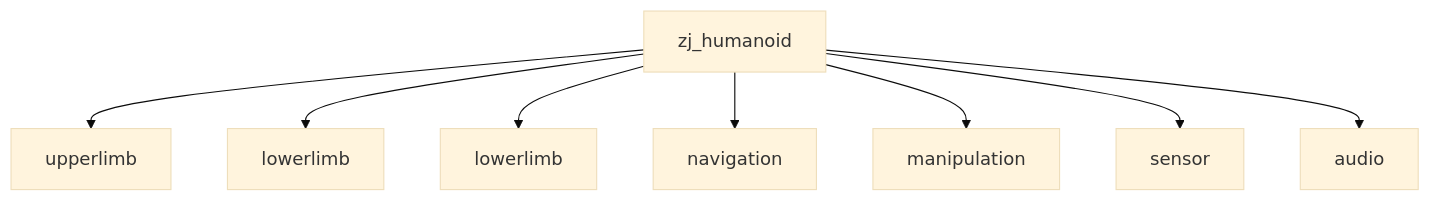
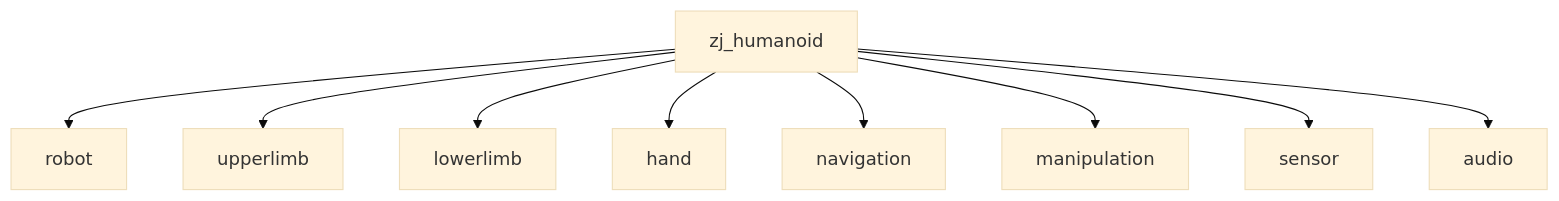
Before and after one commit to ZJ-Humanoid/zj_humanoid_sdk_ros: the diagram in README.md, drawn with Mermaid (base theme). The commit also changed other lines of this file and 17 other files, not shown here.

````diff
--- a/README.md
+++ b/README.md
@@ -24,10 +23,11 @@
 ```mermaid
 graph TD
-  A[zj_humanoid] --> B[upperlimb]
-  A --> C[lowerlimb]
+  A[zj_humanoid] --> B[robot]
+  A --> C[upperlimb]
   A --> D[lowerlimb]
-  A --> E[navigation]
-  A --> F[manipulation]
-  A --> G[sensor]
-  A --> H[audio]
+  A --> E[hand]
+  A --> F[navigation]
+  A --> G[manipulation]
+  A --> H[sensor]
+  A --> I[audio]
 ```
````
